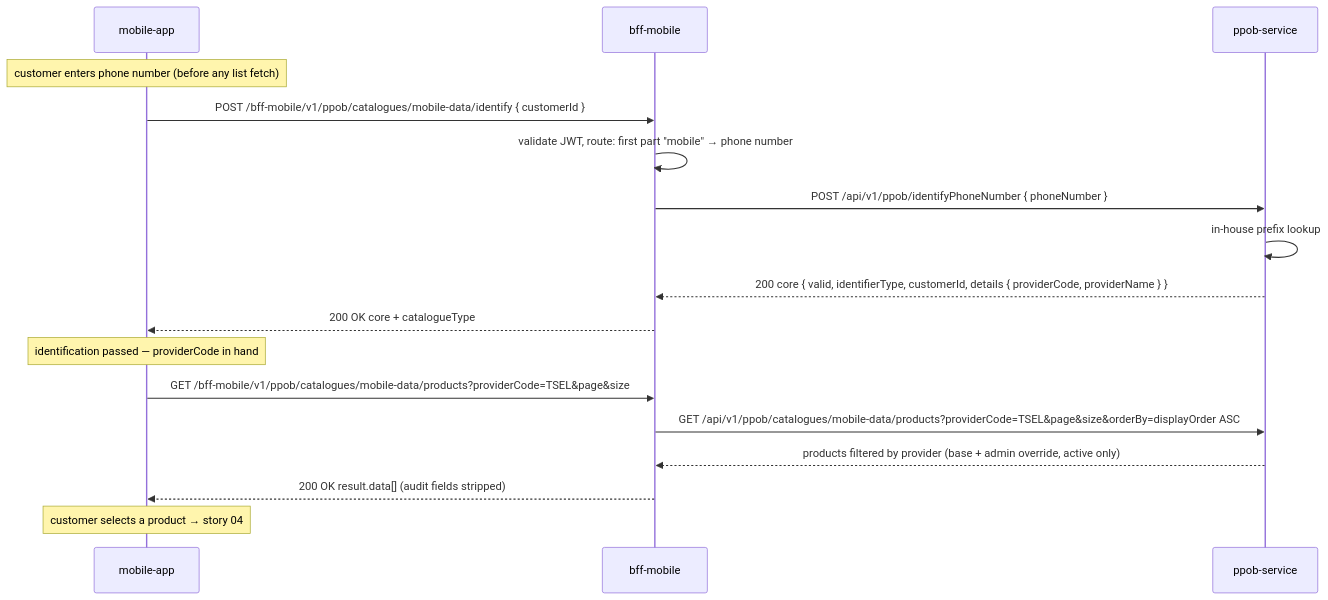
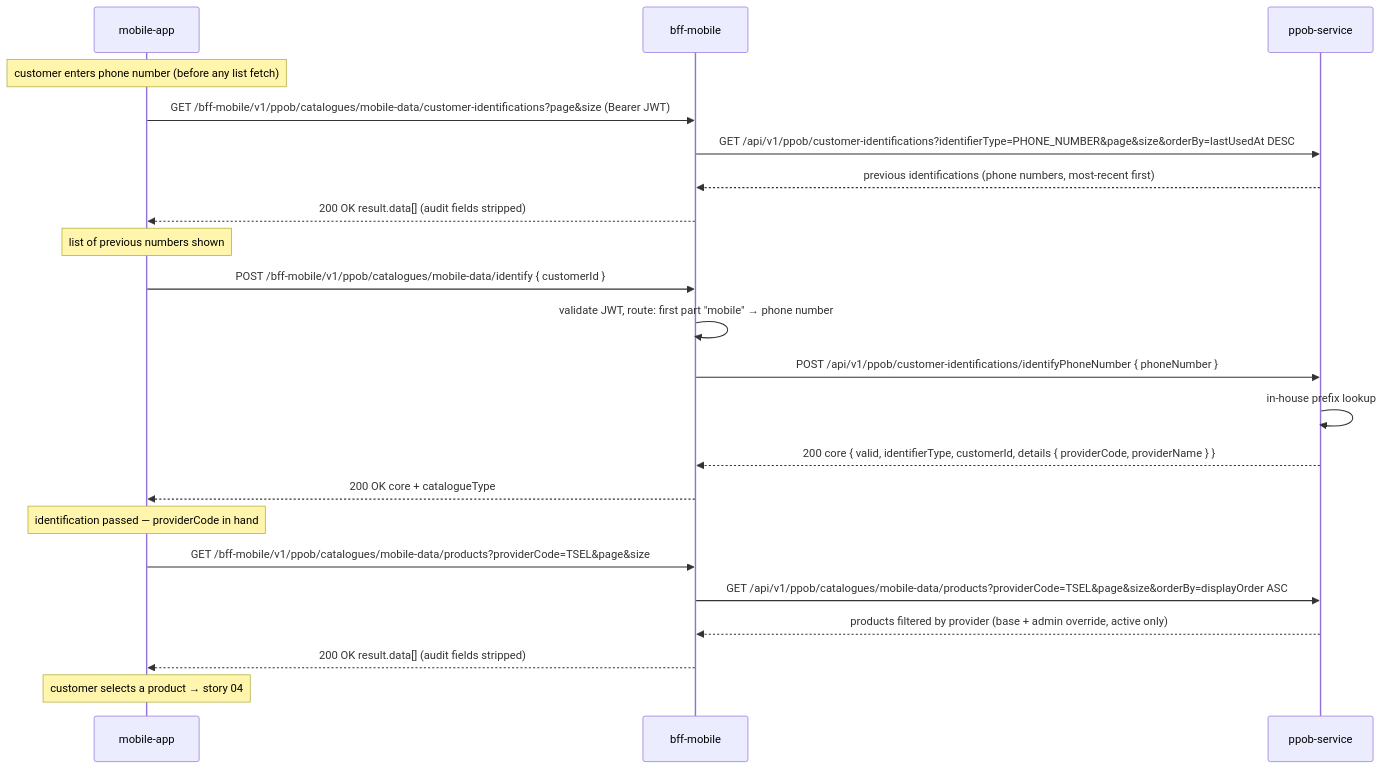
Before and after one commit to NaufalA/system-design: the diagram in designs/ppob-bnpl-pilot/api/stories/03-browse-data-package.md, drawn with Mermaid. The commit also changed other lines of this file and 8 other files, not shown here.

````diff
--- a/designs/ppob-bnpl-pilot/api/stories/03-browse-data-package.md
+++ b/designs/ppob-bnpl-pilot/api/stories/03-browse-data-package.md
@@ -7,22 +7,28 @@
 ```mermaid
 sequenceDiagram
     participant app as mobile-app
     participant bff as bff-mobile
     participant ppob as ppob-service
 
     Note over app: customer enters phone number (before any list fetch)
 
+    app->>bff: GET /bff-mobile/v1/ppob/catalogues/mobile-data/customer-identifications?page&size (Bearer JWT)
+    bff->>ppob: GET /api/v1/ppob/customer-identifications?identifierType=PHONE_NUMBER&page&size&orderBy=lastUsedAt DESC
+    ppob-->>bff: previous identifications (phone numbers, most-recent first)
+    bff-->>app: 200 OK result.data[] (audit fields stripped)
+    Note over app: list of previous numbers shown
+
     app->>bff: POST /bff-mobile/v1/ppob/catalogues/mobile-data/identify { customerId }
     bff->>bff: validate JWT, route: first part "mobile" → phone number
-    bff->>ppob: POST /api/v1/ppob/identifyPhoneNumber { phoneNumber }
+    bff->>ppob: POST /api/v1/ppob/customer-identifications/identifyPhoneNumber { phoneNumber }
     ppob->>ppob: in-house prefix lookup
     ppob-->>bff: 200 core { valid, identifierType, customerId, details { providerCode, providerName } }
     bff-->>app: 200 OK core + catalogueType
     Note over app: identification passed — providerCode in hand
 
     app->>bff: GET /bff-mobile/v1/ppob/catalogues/mobile-data/products?providerCode=TSEL&page&size
     bff->>ppob: GET /api/v1/ppob/catalogues/mobile-data/products?providerCode=TSEL&page&size&orderBy=displayOrder ASC
     ppob-->>bff: products filtered by provider (base + admin override, active only)
     bff-->>app: 200 OK result.data[] (audit fields stripped)
     Note over app: customer selects a product → story 04
 ```
````
